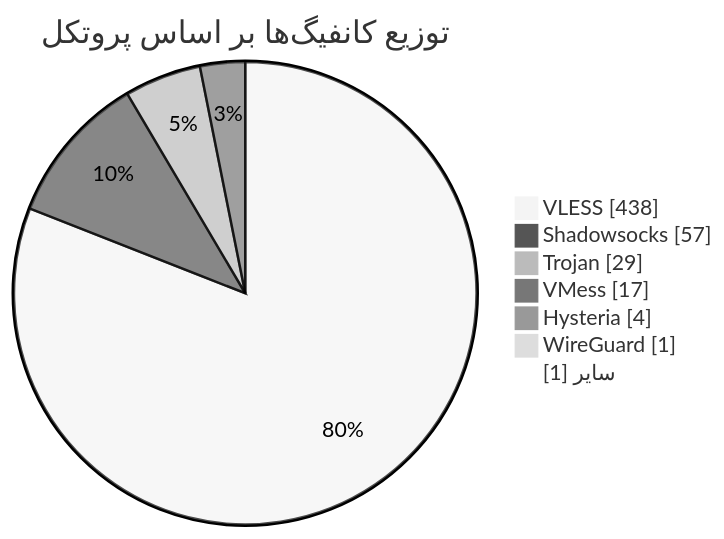
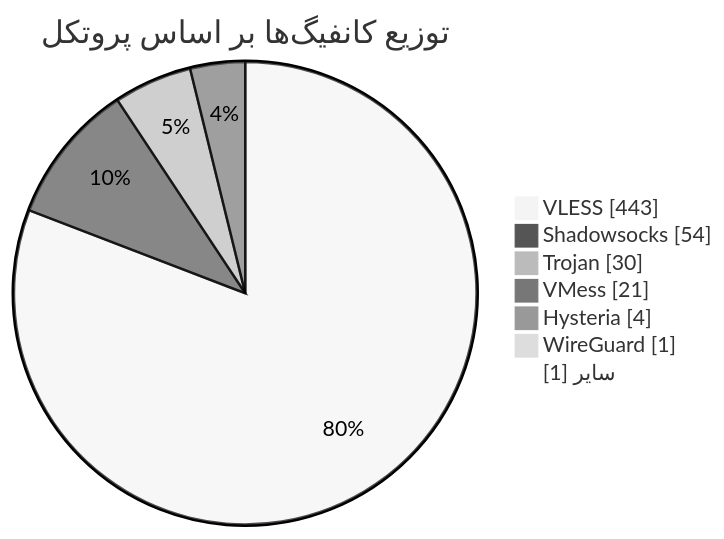
Before and after one commit to Arian-Alijani/Somthing: the diagram in README.md, drawn with Mermaid (neutral theme). The commit also changed other lines of this file and 87 other files, not shown here.

````diff
--- a/README.md
+++ b/README.md
@@ -49,11 +49,11 @@
 ```mermaid
 pie showData
     title توزیع کانفیگ‌ها بر اساس پروتکل
-    "VLESS" : 438
-    "Shadowsocks" : 57
-    "Trojan" : 29
-    "VMess" : 17
+    "VLESS" : 443
+    "Shadowsocks" : 54
+    "Trojan" : 30
+    "VMess" : 21
     "Hysteria" : 4
     "WireGuard" : 1
     "سایر" : 1
 ```
````
